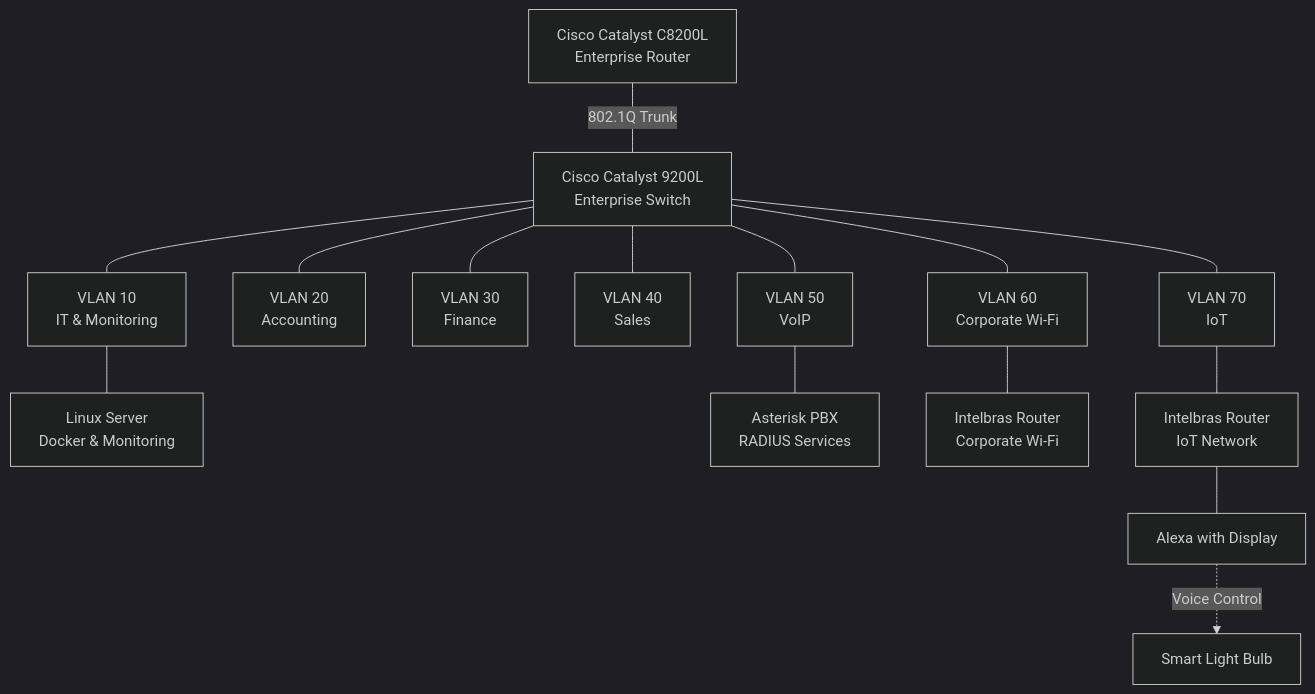
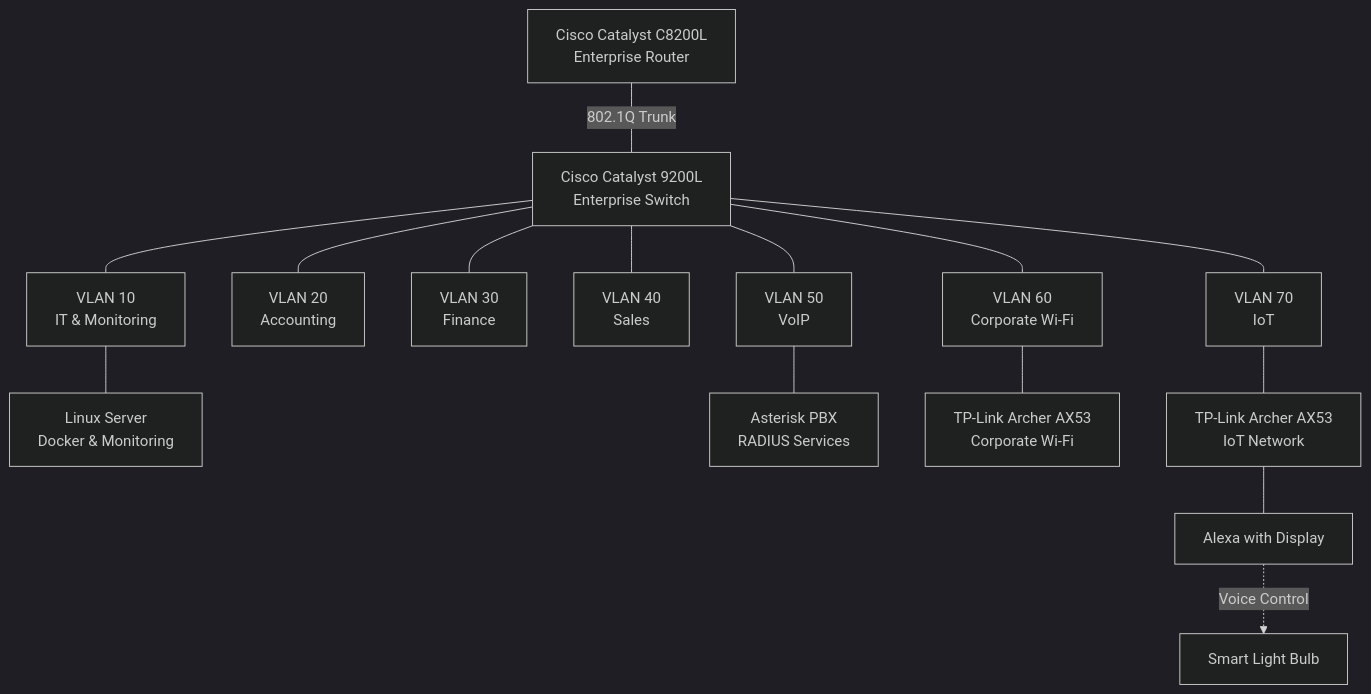
One commit to kayo-willian/enterprise-noc-from-scratch changed the first of 2 diagrams in docs/architecture/infrastructure-overview.md. Above: the diagram before and after it, drawn with Mermaid (dark theme). The commit also changed other lines of this file and 35 other files, not shown here.

````diff
--- a/docs/architecture/infrastructure-overview.md
+++ b/docs/architecture/infrastructure-overview.md
@@ -19,24 +19,24 @@
 ```mermaid
 flowchart TB
     R["Cisco Catalyst C8200L<br/>Enterprise Router"]
     SW["Cisco Catalyst 9200L<br/>Enterprise Switch"]
 
     R ---|"802.1Q Trunk"| SW
 
     SW --- V10["VLAN 10<br/>IT & Monitoring"]
     SW --- V20["VLAN 20<br/>Accounting"]
     SW --- V30["VLAN 30<br/>Finance"]
     SW --- V40["VLAN 40<br/>Sales"]
     SW --- V50["VLAN 50<br/>VoIP"]
     SW --- V60["VLAN 60<br/>Corporate Wi-Fi"]
     SW --- V70["VLAN 70<br/>IoT"]
 
     V10 --- SERVER["Linux Server<br/>Docker & Monitoring"]
     V50 --- PBX["Asterisk PBX<br/>RADIUS Services"]
 
-    V60 --- WIFI["Intelbras Router<br/>Corporate Wi-Fi"]
-    V70 --- IOT["Intelbras Router<br/>IoT Network"]
+    V60 --- WIFI["TP-Link Archer AX53<br/>Corporate Wi-Fi"]
+    V70 --- IOT["TP-Link Archer AX53<br/>IoT Network"]
 
     IOT --- ALEXA["Alexa with Display"]
     ALEXA -.->|"Voice Control"| LIGHT["Smart Light Bulb"]
 ```
````
